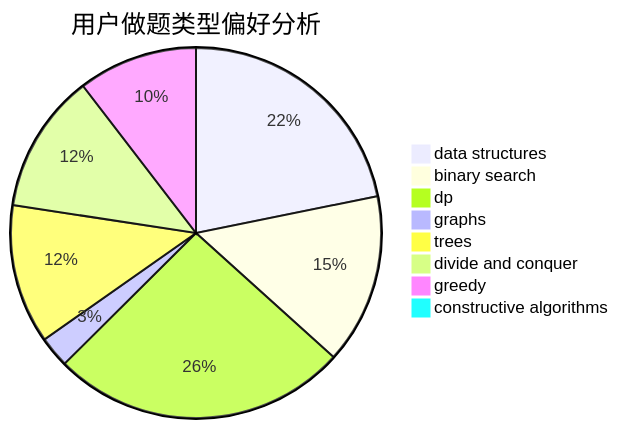
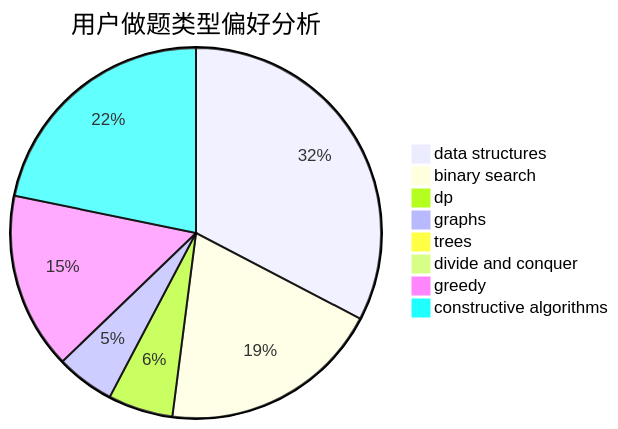
The second of 3 diagrams in docs/user/u377.md (sherpahu/cfrs.github.io), drawn with Mermaid before and after one commit. The commit also changed other lines of this file and 2770 other files, not shown here.

````diff
--- a/docs/user/u377.md
+++ b/docs/user/u377.md
@@ -23,11 +23,11 @@
 ```mermaid
 pie title 用户做题类型偏好分析
-    "data structures" :  113
-    "binary search" :  77
-    "dp" :  134
-    "graphs" :  14
-    "trees" :  63
-    "divide and conquer" :  63
-    "greedy" :  54
-    "constructive algorithms" :  2
+    "data structures" :  288
+    "binary search" :  171
+    "dp" :  50
+    "graphs" :  45
+    "trees" :  8
+    "divide and conquer" :  0
+    "greedy" :  136
+    "constructive algorithms" :  192
 ```
````
